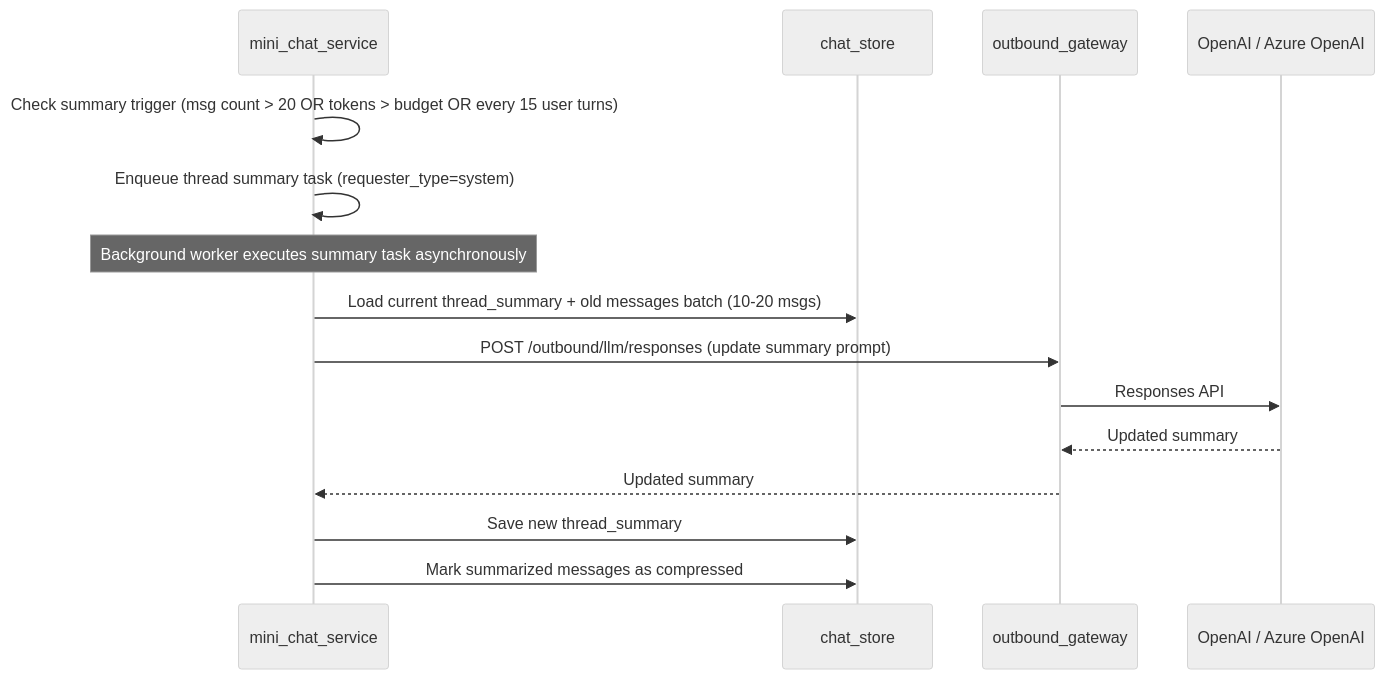
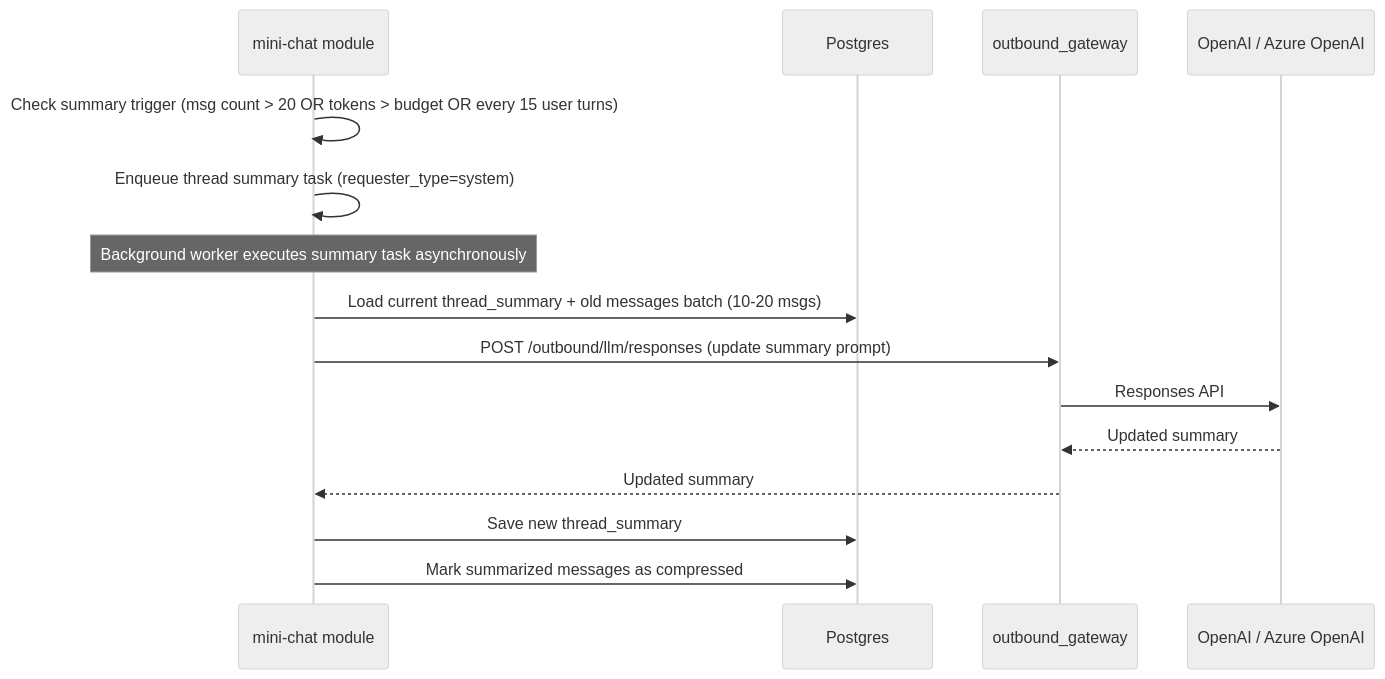
Before and after one commit to cyberfabric/cyberfabric-core: the fifth of 5 diagrams in modules/mini-chat/docs/DESIGN.md, drawn with Mermaid (neutral theme). The commit also changed other lines of this file and 1 other file, not shown here.

Commit message:
- Design is aligned with Modkit architecture patterns - Quota management is aligned with requirements - Modle selection is aligned with requirements - Message reactions are added - Temporary chats are moved to P2+ phases

````diff
--- a/modules/mini-chat/docs/DESIGN.md
+++ b/modules/mini-chat/docs/DESIGN.md
@@ -742,18 +778,18 @@
 ```mermaid
 sequenceDiagram
-    participant CS as mini_chat_service
-    participant DB as chat_store
+    participant CS as mini-chat module
+    participant DB as Postgres
     participant OG as outbound_gateway
     participant OAI as OpenAI / Azure OpenAI
 
     CS->>CS: Check summary trigger (msg count > 20 OR tokens > budget OR every 15 user turns)
     CS->>CS: Enqueue thread summary task (requester_type=system)
     Note over CS: Background worker executes summary task asynchronously
     CS->>DB: Load current thread_summary + old messages batch (10-20 msgs)
     CS->>OG: POST /outbound/llm/responses (update summary prompt)
     OG->>OAI: Responses API
     OAI-->>OG: Updated summary
     OG-->>CS: Updated summary
     CS->>DB: Save new thread_summary
     CS->>DB: Mark summarized messages as compressed
 ```
````
